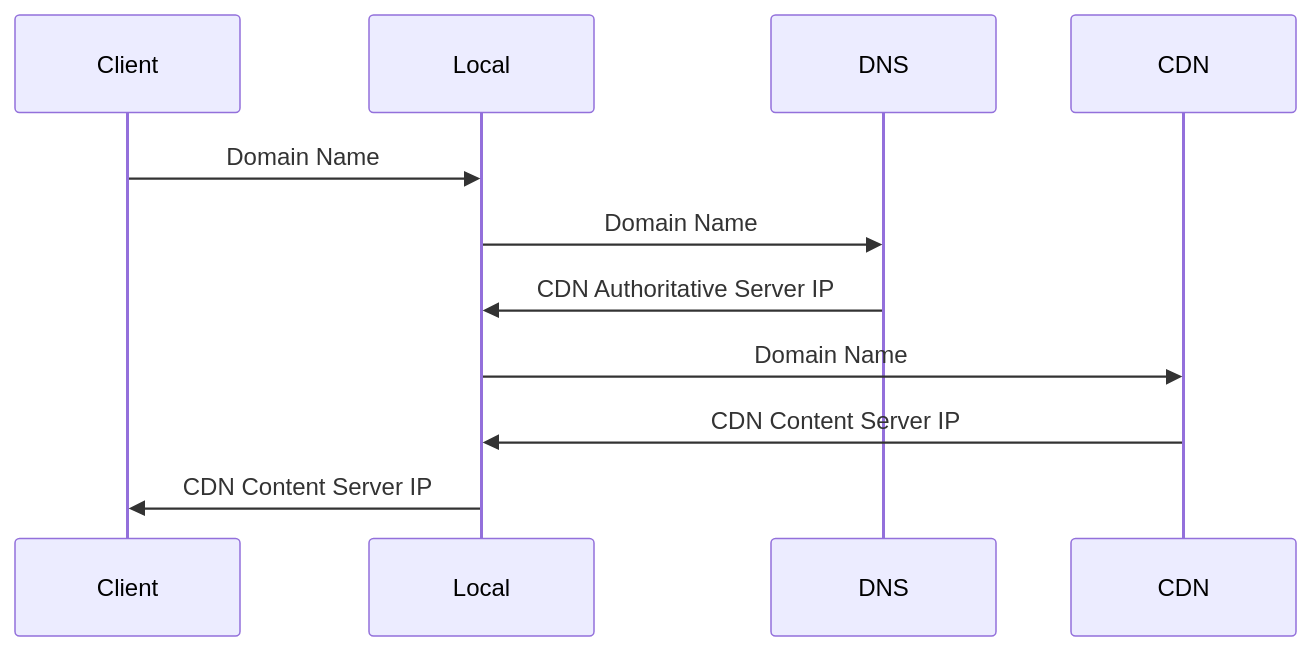
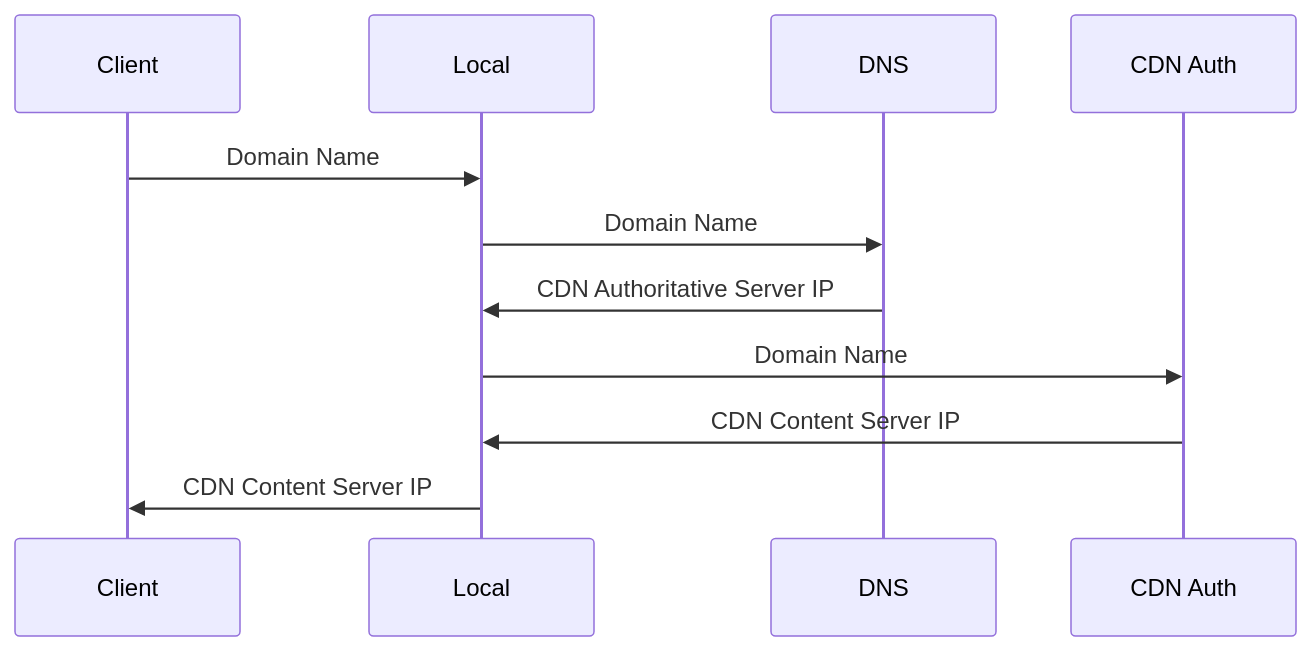
One commit to wdyjwdy/notes changed the first of 2 diagrams in network/cdn.md. Above: the diagram before and after it, drawn with Mermaid.

Commit message:
Update CDN sequence diagram
Clarify that the CDN server initially contacted is the
authoritative server.

````diff
--- a/network/cdn.md
+++ b/network/cdn.md
@@ -5,9 +5,9 @@
 ```mermaid
 sequenceDiagram
   Client ->> Local: Domain Name
   Local ->> DNS: Domain Name
   DNS ->> Local: CDN Authoritative Server IP
-  Local ->> CDN: Domain Name
-  CDN ->> Local: CDN Content Server IP
+  Local ->> CDN Auth: Domain Name
+  CDN Auth ->> Local: CDN Content Server IP
   Local ->> Client: CDN Content Server IP
 ```
````
